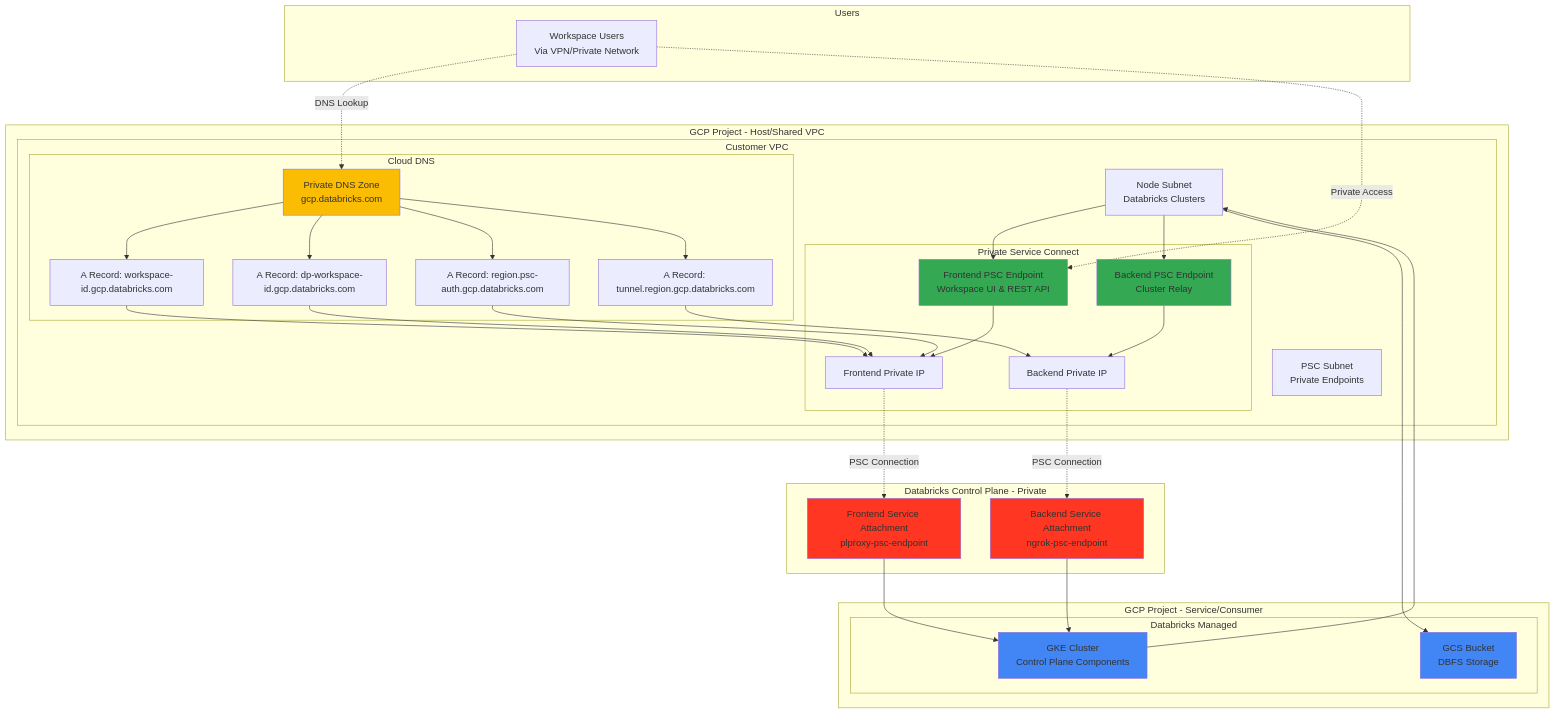
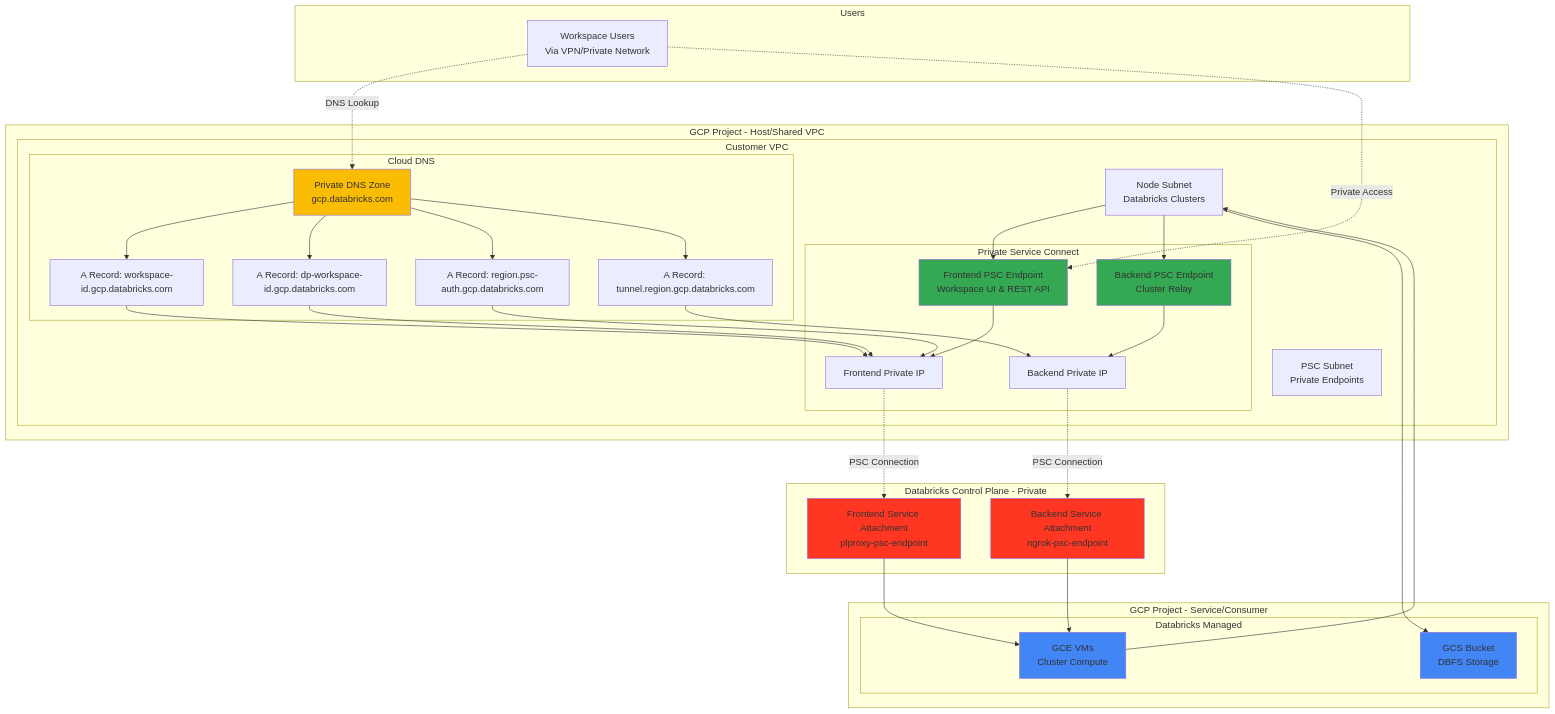
The first of 4 diagrams in gcpdb4u/templates/terraform-scripts/byovpc-psc-ws/README.md (bhavink/databricks), drawn with Mermaid before and after one commit. The commit also changed other lines of this file and 11 other files, not shown here.

First line of the commit message:
docs(gcpdb4u): remove GKE refs; classic compute is now GCE-based

````diff
--- a/gcpdb4u/templates/terraform-scripts/byovpc-psc-ws/README.md
+++ b/gcpdb4u/templates/terraform-scripts/byovpc-psc-ws/README.md
@@ -38,73 +38,73 @@
 ```mermaid
 graph TB
     subgraph "GCP Project - Host/Shared VPC"
         subgraph "Customer VPC"
             SUBNET[Node Subnet<br/>Databricks Clusters]
             PSC_SUBNET[PSC Subnet<br/>Private Endpoints]
 
             subgraph "Private Service Connect"
                 FE_EP[Frontend PSC Endpoint<br/>Workspace UI & REST API]
                 BE_EP[Backend PSC Endpoint<br/>Cluster Relay]
                 FE_IP[Frontend Private IP]
                 BE_IP[Backend Private IP]
             end
 
             subgraph "Cloud DNS"
                 DNS_ZONE[Private DNS Zone<br/>gcp.databricks.com]
                 A_REC1[A Record: workspace-id.gcp.databricks.com]
                 A_REC2[A Record: dp-workspace-id.gcp.databricks.com]
                 A_REC3[A Record: region.psc-auth.gcp.databricks.com]
                 A_REC4[A Record: tunnel.region.gcp.databricks.com]
             end
         end
     end
 
     subgraph "GCP Project - Service/Consumer"
         subgraph "Databricks Managed"
-            GKE[GKE Cluster<br/>Control Plane Components]
+            GCE[GCE VMs<br/>Cluster Compute]
             GCS[GCS Bucket<br/>DBFS Storage]
         end
     end
 
     subgraph "Databricks Control Plane - Private"
         FE_SA[Frontend Service Attachment<br/>plproxy-psc-endpoint]
         BE_SA[Backend Service Attachment<br/>ngrok-psc-endpoint]
     end
 
     subgraph "Users"
         USER[Workspace Users<br/>Via VPN/Private Network]
     end
 
     SUBNET --> FE_EP
     SUBNET --> BE_EP
     FE_EP --> FE_IP
     BE_EP --> BE_IP
     FE_IP -.PSC Connection.-> FE_SA
     BE_IP -.PSC Connection.-> BE_SA
 
-    FE_SA --> GKE
-    BE_SA --> GKE
-    GKE --> SUBNET
+    FE_SA --> GCE
+    BE_SA --> GCE
+    GCE --> SUBNET
     SUBNET --> GCS
 
     DNS_ZONE --> A_REC1
     DNS_ZONE --> A_REC2
     DNS_ZONE --> A_REC3
     DNS_ZONE --> A_REC4
 
     A_REC1 --> FE_IP
     A_REC2 --> FE_IP
     A_REC3 --> FE_IP
     A_REC4 --> BE_IP
 
     USER -.DNS Lookup.-> DNS_ZONE
     USER -.Private Access.-> FE_EP
 
     style FE_SA fill:#FF3621
     style BE_SA fill:#FF3621
     style GCS fill:#4285F4
-    style GKE fill:#4285F4
+    style GCE fill:#4285F4
     style DNS_ZONE fill:#FBBC04
     style FE_EP fill:#34A853
     style BE_EP fill:#34A853
 ```
````
